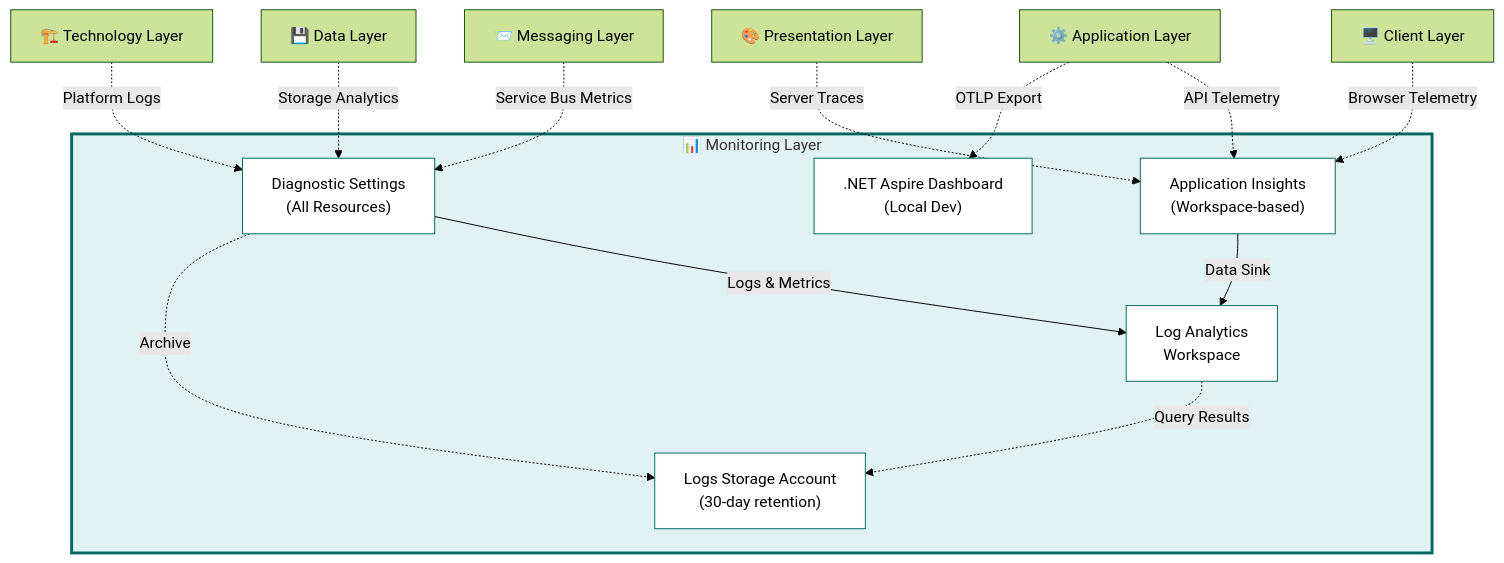
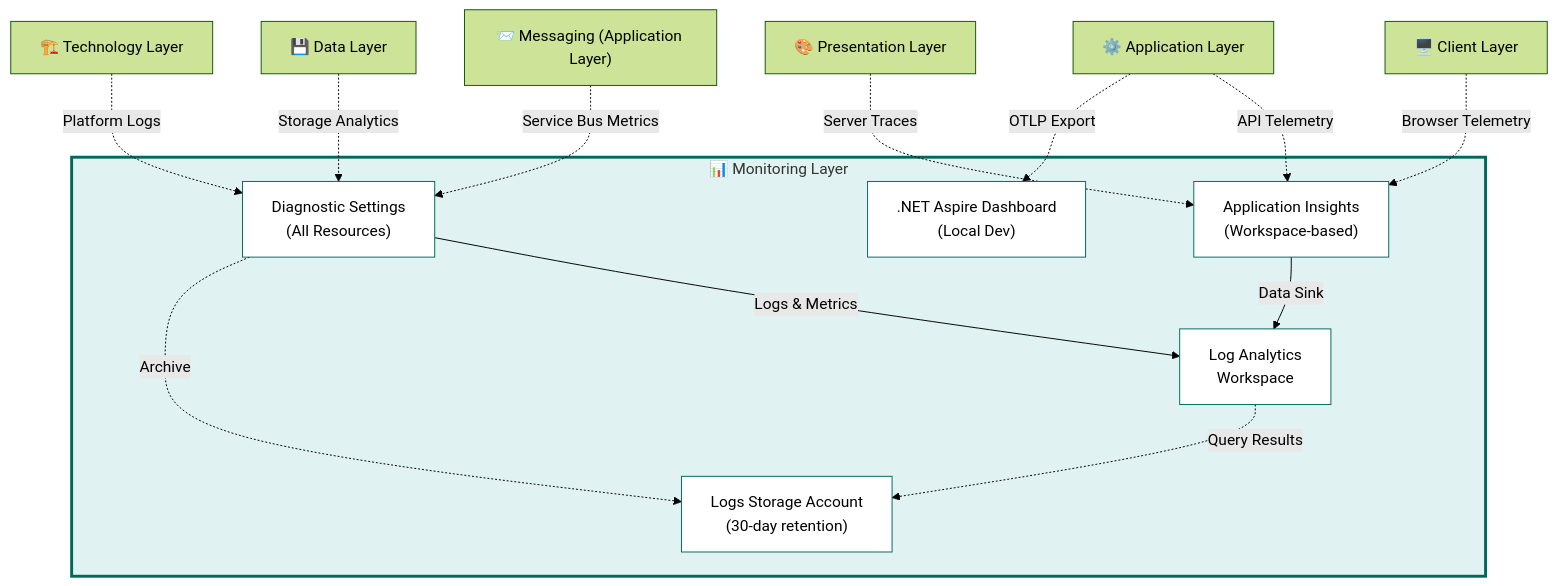
The sixth of 6 diagrams in README.md (Evilazaro/Azure-LogicApps-Monitoring), drawn with Mermaid (forest theme) before and after one commit. The commit also changed other lines of this file, not shown here.

````diff
--- a/README.md
+++ b/README.md
@@ -387,34 +384,34 @@
 ```mermaid
 graph TD
     subgraph MonitoringLayer["📊 Monitoring Layer"]
         AppInsights["Application Insights<br/>(Workspace-based)"]
         LogAnalytics["Log Analytics<br/>Workspace"]
         DiagnosticSettings["Diagnostic Settings<br/>(All Resources)"]
         AspireDashboardLocal[".NET Aspire Dashboard<br/>(Local Dev)"]
         StorageAccount["Logs Storage Account<br/>(30-day retention)"]
     end
 
     %% Internal connections
     AppInsights -->|"Data Sink"| LogAnalytics
     DiagnosticSettings -->|"Logs & Metrics"| LogAnalytics
     DiagnosticSettings -.->|"Archive"| StorageAccount
     LogAnalytics -.->|"Query Results"| StorageAccount
 
     %% Receives telemetry from all layers
     ClientLayer["🖥️ Client Layer"] -.->|"Browser Telemetry"| AppInsights
     PresentationLayer["🎨 Presentation Layer"] -.->|"Server Traces"| AppInsights
     ApplicationLayer["⚙️ Application Layer"] -.->|"API Telemetry"| AppInsights
-    MessagingLayer["📨 Messaging Layer"] -.->|"Service Bus Metrics"| DiagnosticSettings
+    Messaging["📨 Messaging (Application Layer)"] -.->|"Service Bus Metrics"| DiagnosticSettings
     DataLayer["💾 Data Layer"] -.->|"Storage Analytics"| DiagnosticSettings
     TechnologyLayer["🏗️ Technology Layer"] -.->|"Platform Logs"| DiagnosticSettings
 
     %% Local development observability
     ApplicationLayer -.->|"OTLP Export"| AspireDashboardLocal
 
     style MonitoringLayer fill:#e0f2f1,stroke:#00695c,stroke-width:3px
     style AppInsights fill:#ffffff,stroke:#00695c
     style LogAnalytics fill:#ffffff,stroke:#00695c
     style DiagnosticSettings fill:#ffffff,stroke:#00695c
     style AspireDashboardLocal fill:#ffffff,stroke:#00695c
     style StorageAccount fill:#ffffff,stroke:#00695c
 ```
````
